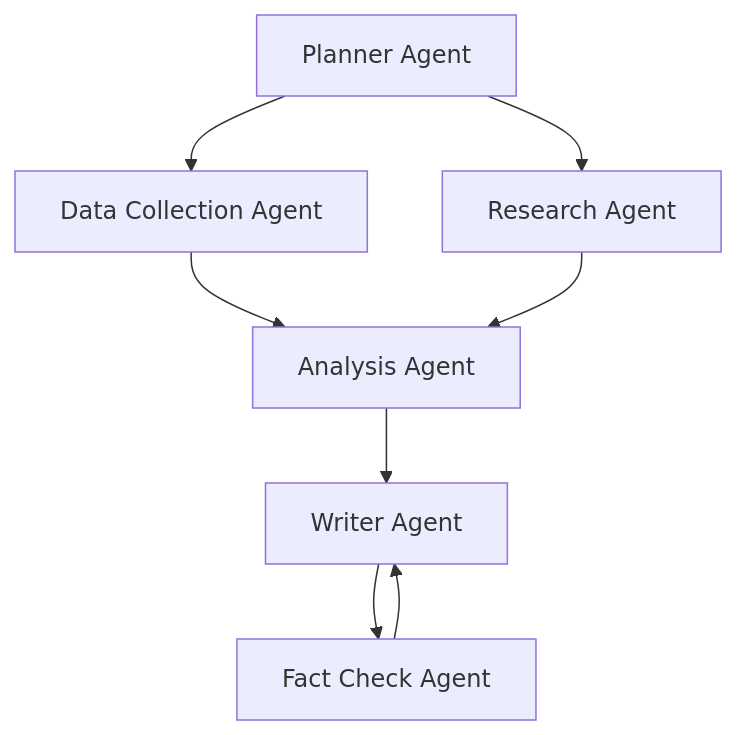
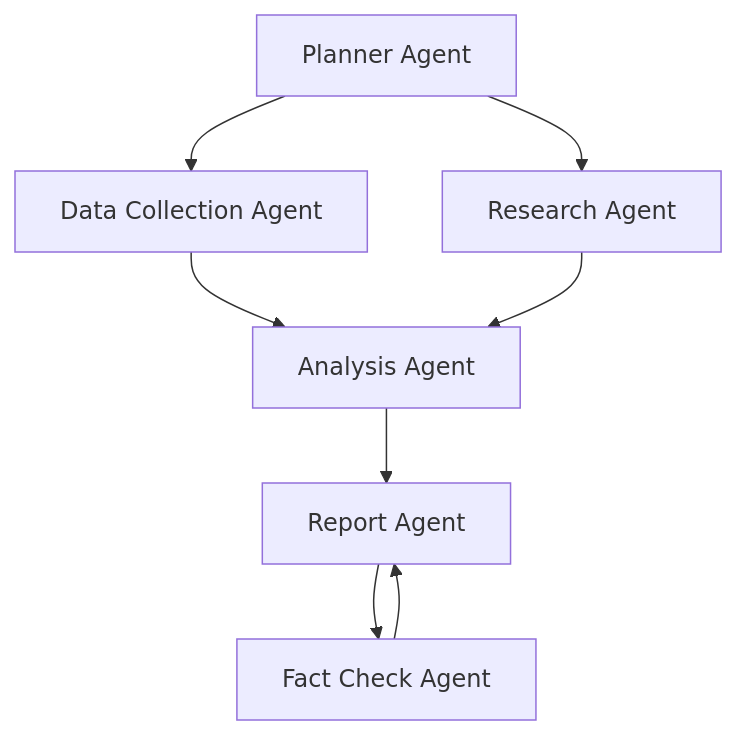
The diagram in docs/components/agent-system.md (tan-yong-sheng/financial-analysis-agent), drawn with Mermaid before and after one commit. The commit also changed other lines of this file and 60 other files, not shown here.

````diff
--- a/docs/components/agent-system.md
+++ b/docs/components/agent-system.md
@@ -41,10 +41,10 @@
 ```mermaid
 graph TD
     A[Planner Agent] --> B[Data Collection Agent]
     A --> C[Research Agent]
     B --> D[Analysis Agent]
     C --> D
-    D --> E[Writer Agent]
+    D --> E[Report Agent]
     E --> F[Fact Check Agent]
     F --> E
 ```
````
